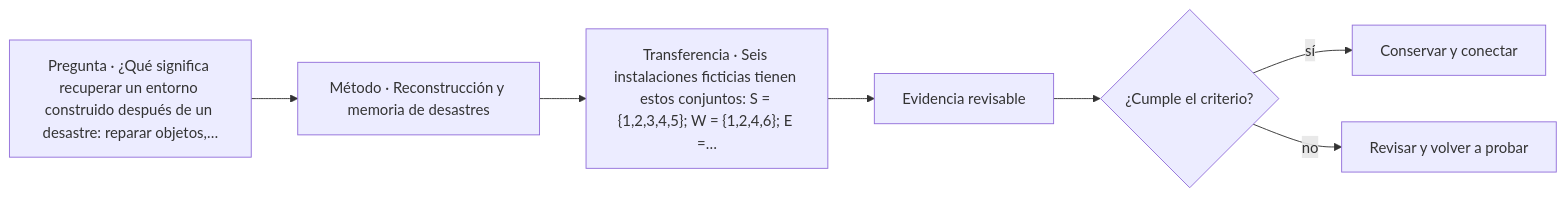
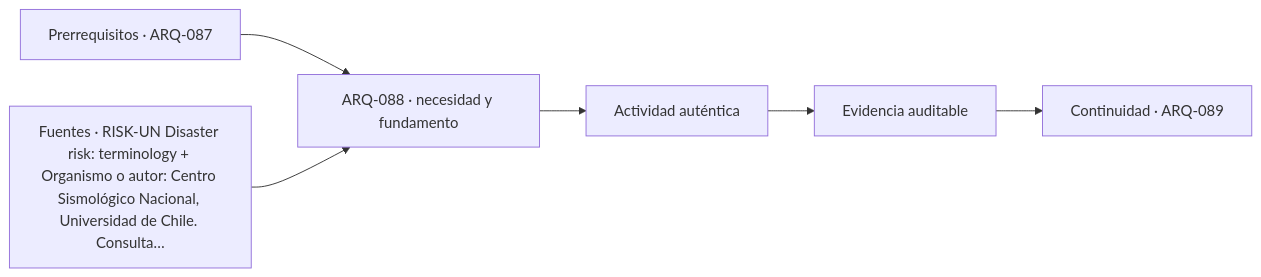
Before and after one commit to vladimiracunadev-create/architecture-built-environment-learning-program: the diagram in classes/parte-09/ARQ-088.md, drawn with Mermaid. The commit also changed other lines of this file and 761 other files, not shown here.

````diff
--- a/classes/parte-09/ARQ-088.md
+++ b/classes/parte-09/ARQ-088.md
@@ -103,9 +115,8 @@
 ```mermaid
 flowchart LR
-    Q["Pregunta · ¿Qué significa recuperar un entorno construido después de un desastre: reparar objetos,…"] --> M["Método · Reconstrucción y memoria de desastres"]
-    M --> P["Transferencia · Seis instalaciones ficticias tienen estos conjuntos: S = {1,2,3,4,5}; W = {1,2,4,6}; E =…"]
-    P --> E["Evidencia revisable"]
-    E --> C{"¿Cumple el criterio?"}
-    C -->|sí| T["Conservar y conectar"]
-    C -->|no| R["Revisar y volver a probar"]
+    A["Prerrequisitos · ARQ-087"] --> B["ARQ-088 · necesidad y fundamento"]
+    S["Fuentes · RISK-UN Disaster risk: terminology + Organismo o autor: Centro Sismológico Nacional, Universidad de Chile. Consulta…"] --> B
+    B --> C["Actividad auténtica"]
+    C --> D["Evidencia auditable"]
+    D --> E["Continuidad · ARQ-089"]
 ```
````
